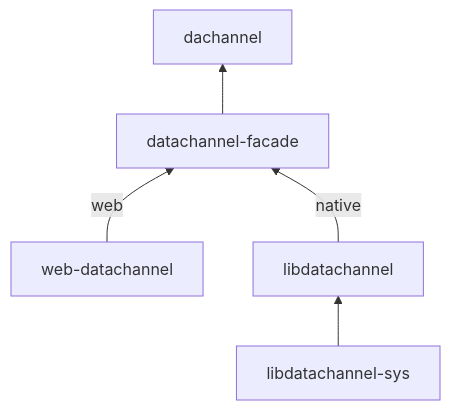
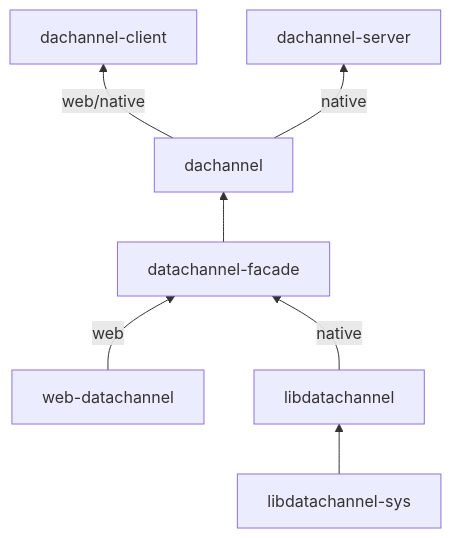
Before and after one commit to coevolutions/dachannel: the diagram in README.md, drawn with Mermaid. The commit also changed 2 other files, not shown here.

Commit message:
add more docs

````diff
--- a/README.md
+++ b/README.md
@@ -17,7 +17,9 @@
 ```mermaid
 graph BT;
 web-datachannel --web--> datachannel-facade
 libdatachannel-sys --> libdatachannel;
 libdatachannel --native--> datachannel-facade;
 datachannel-facade --> dachannel;
+dachannel --web/native--> dachannel-client;
+dachannel --native--> dachannel-server;
 ```
````
